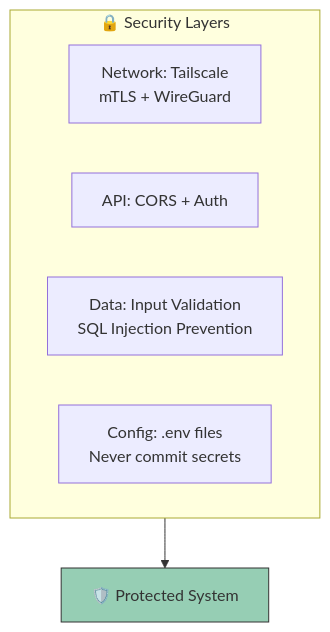
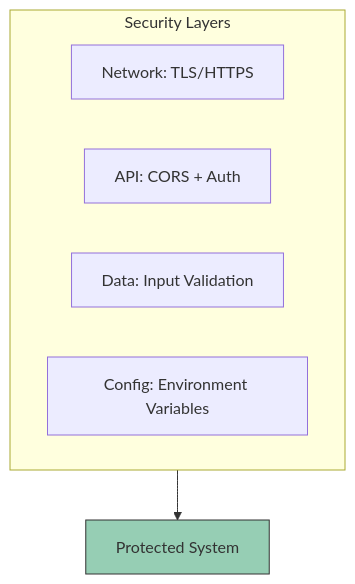
Before and after one commit to Vegitime-bot/Requirement_management: the sixth of 7 diagrams in docs/ARCHITECTURE.md, drawn with Mermaid. The commit also changed other lines of this file and 2 other files, not shown here.

````diff
--- a/docs/ARCHITECTURE.md
+++ b/docs/ARCHITECTURE.md
@@ -262,13 +242,13 @@
 ```mermaid
 flowchart TB
-    subgraph Security["🔒 Security Layers"]
-        A["Network: Tailscale<br/>mTLS + WireGuard"]
+    subgraph Security["Security Layers"]
+        A["Network: TLS/HTTPS"]
         B["API: CORS + Auth"]
-        C["Data: Input Validation<br/>SQL Injection Prevention"]
-        D["Config: .env files<br/>Never commit secrets"]
+        C["Data: Input Validation"]
+        D["Config: Environment Variables"]
     end
 
-    Security --> E["🛡️ Protected System"]
+    Security --> E["Protected System"]
 
     style E fill:#96CEB4,stroke:#333
 ```
````
